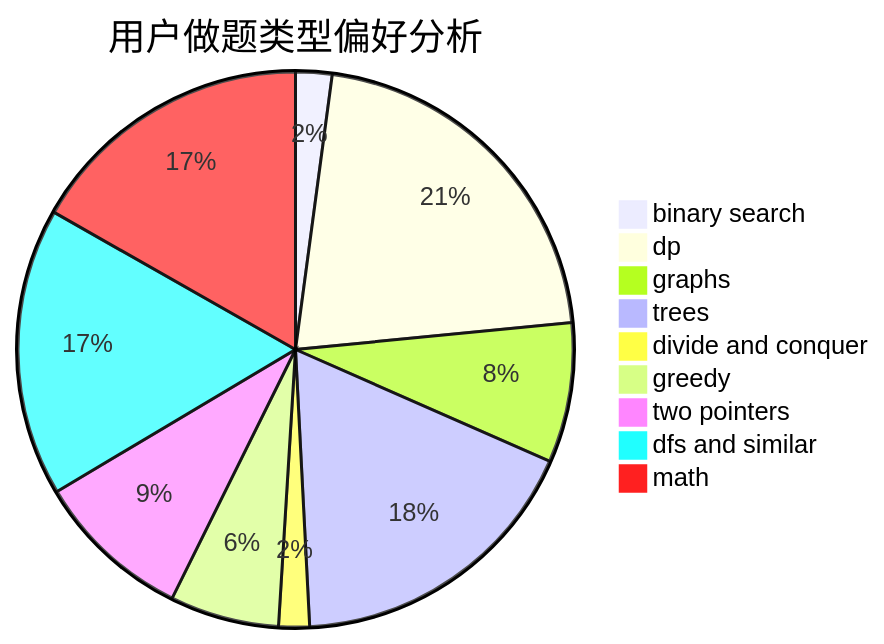
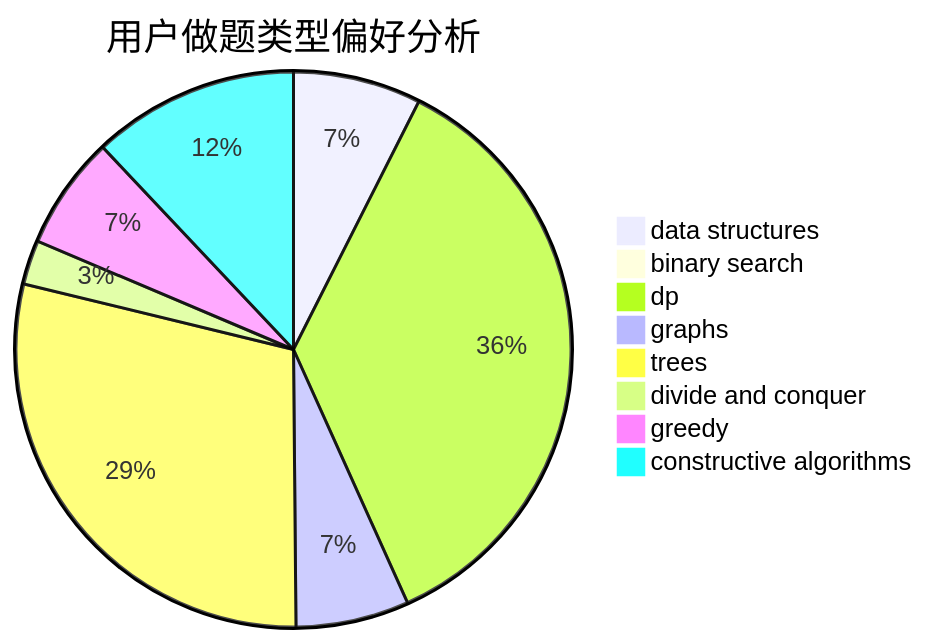
Before and after one commit to sherpahu/cfrs.github.io: the second of 3 diagrams in docs/user/u782.md, drawn with Mermaid. The commit also changed other lines of this file and 2775 other files, not shown here.

````diff
--- a/docs/user/u782.md
+++ b/docs/user/u782.md
@@ -23,12 +23,11 @@
 ```mermaid
 pie title 用户做题类型偏好分析
-    "binary search" :  13
-    "dp" :  131
-    "graphs" :  50
-    "trees" :  108
-    "divide and conquer" :  11
-    "greedy" :  39
-    "two pointers" :  56
-    "dfs and similar" :  103
-    "math" :  103
+    "data structures" :  26
+    "binary search" :  1
+    "dp" :  125
+    "graphs" :  23
+    "trees" :  101
+    "divide and conquer" :  9
+    "greedy" :  23
+    "constructive algorithms" :  42
 ```
````
